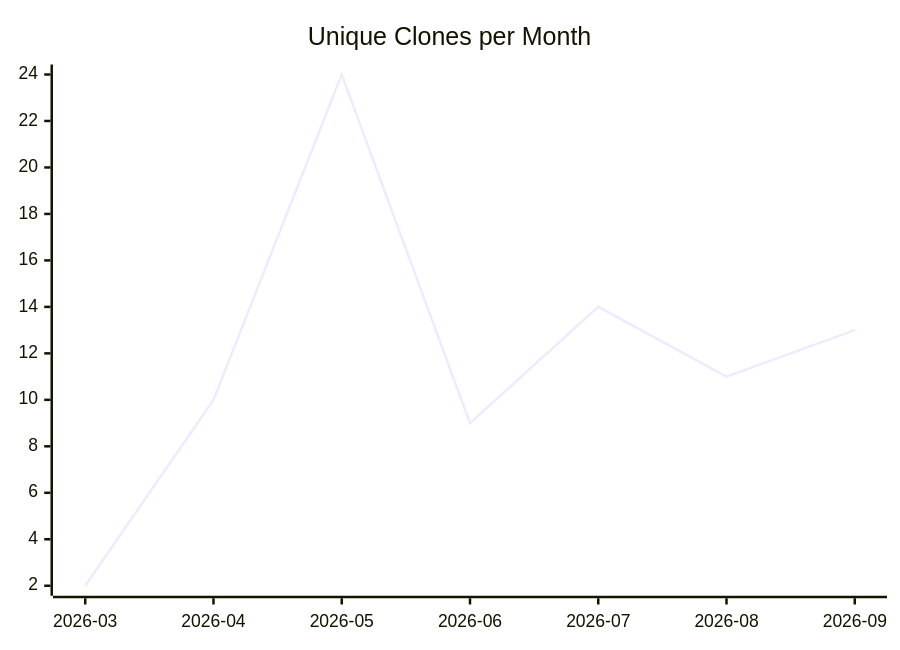
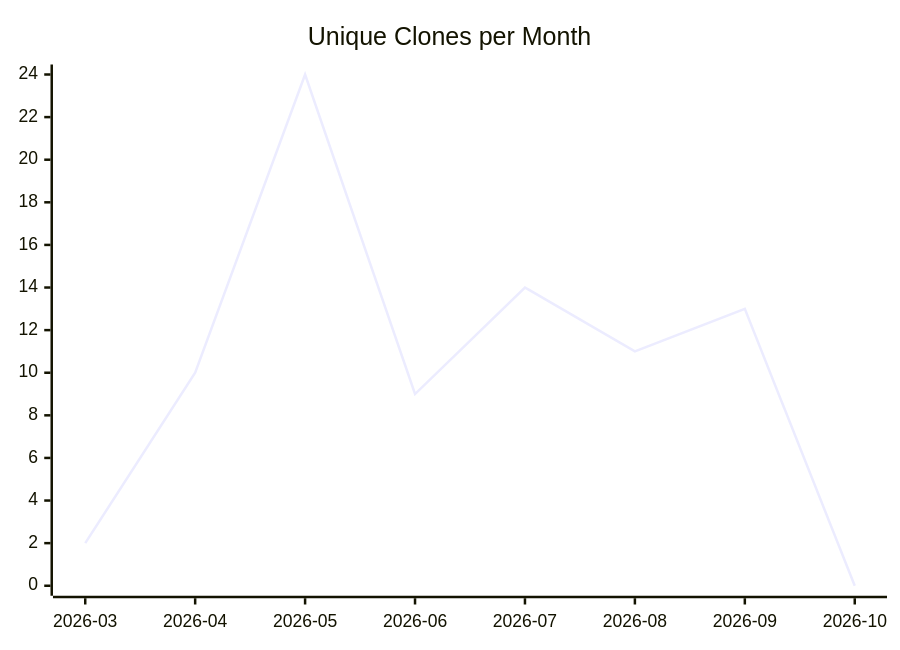
The third of 3 diagrams in karlmdavis/xmlpull/README.md (justdavis-family/github-analytics-data), drawn with Mermaid before and after one commit. The commit also changed other lines of this file and 202 other files, not shown here.

````diff
--- a/karlmdavis/xmlpull/README.md
+++ b/karlmdavis/xmlpull/README.md
@@ -19,6 +19,6 @@
 ```mermaid
 xychart-beta
   title "Unique Clones per Month"
-  x-axis ["2026-03", "2026-04", "2026-05", "2026-06", "2026-07", "2026-08", "2026-09"]
-  line [2, 10, 24, 9, 14, 11, 13]
+  x-axis ["2026-03", "2026-04", "2026-05", "2026-06", "2026-07", "2026-08", "2026-09", "2026-10"]
+  line [2, 10, 24, 9, 14, 11, 13, 0]
 ```
````
